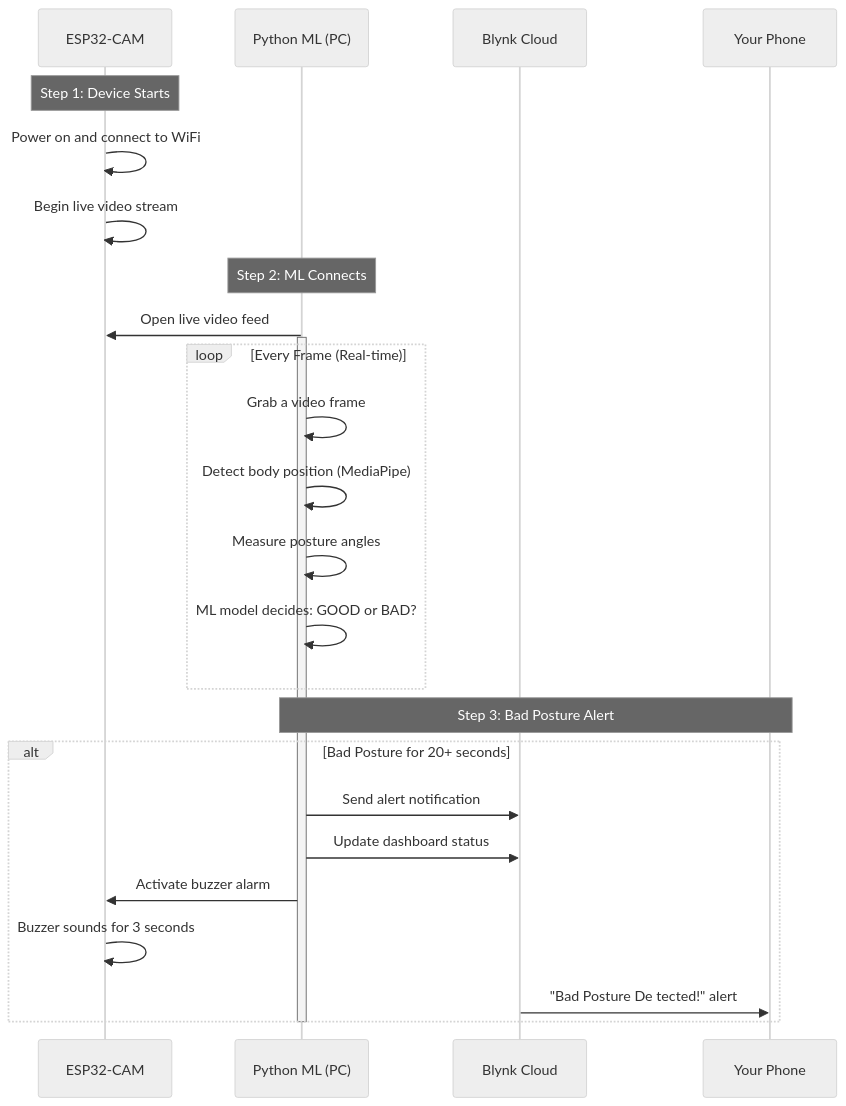
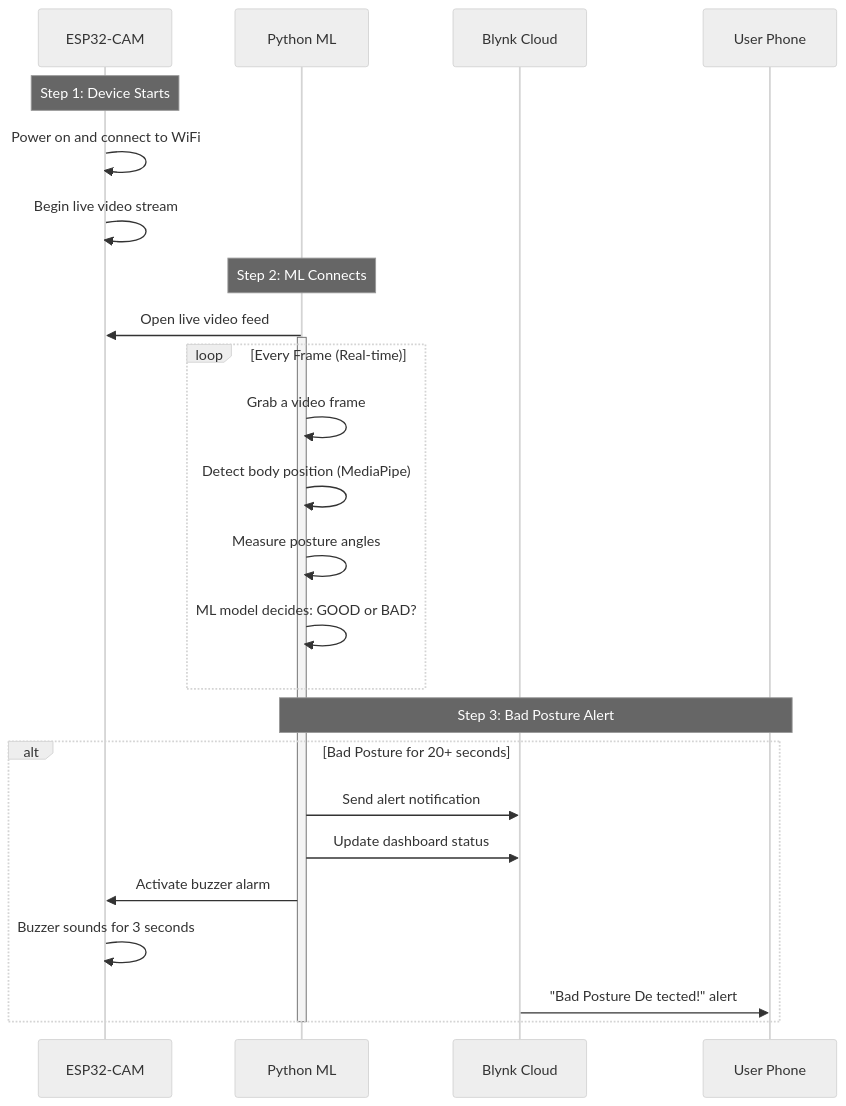
One commit to Fatin007/Sitting_Posture_Detection changed the second of 3 diagrams in README.md. Above: the diagram before and after it, drawn with Mermaid (neutral theme).

````diff
--- a/README.md
+++ b/README.md
@@ -76,33 +76,33 @@
 ```mermaid
 sequenceDiagram
     participant CAM as ESP32-CAM
-    participant ML as Python ML (PC)
+    participant ML as Python ML
     participant CLOUD as Blynk Cloud
-    participant PHONE as Your Phone
+    participant PHONE as User Phone
 
     Note over CAM: Step 1: Device Starts
     CAM->>CAM: Power on and connect to WiFi
     CAM->>CAM: Begin live video stream
 
     Note over ML: Step 2: ML Connects
     ML->>CAM: Open live video feed
     activate ML
 
     loop Every Frame (Real-time)
         ML->>ML: Grab a video frame
         ML->>ML: Detect body position (MediaPipe)
         ML->>ML: Measure posture angles
         ML->>ML: ML model decides: GOOD or BAD?
     end
 
     Note over ML,PHONE: Step 3: Bad Posture Alert
     alt Bad Posture for 20+ seconds
         ML->>CLOUD: Send alert notification
         ML->>CLOUD: Update dashboard status
         ML->>CAM: Activate buzzer alarm
         CAM->>CAM: Buzzer sounds for 3 seconds
         CLOUD->>PHONE: "Bad Posture De tected!" alert
     end
 
     deactivate ML
 ```
````
